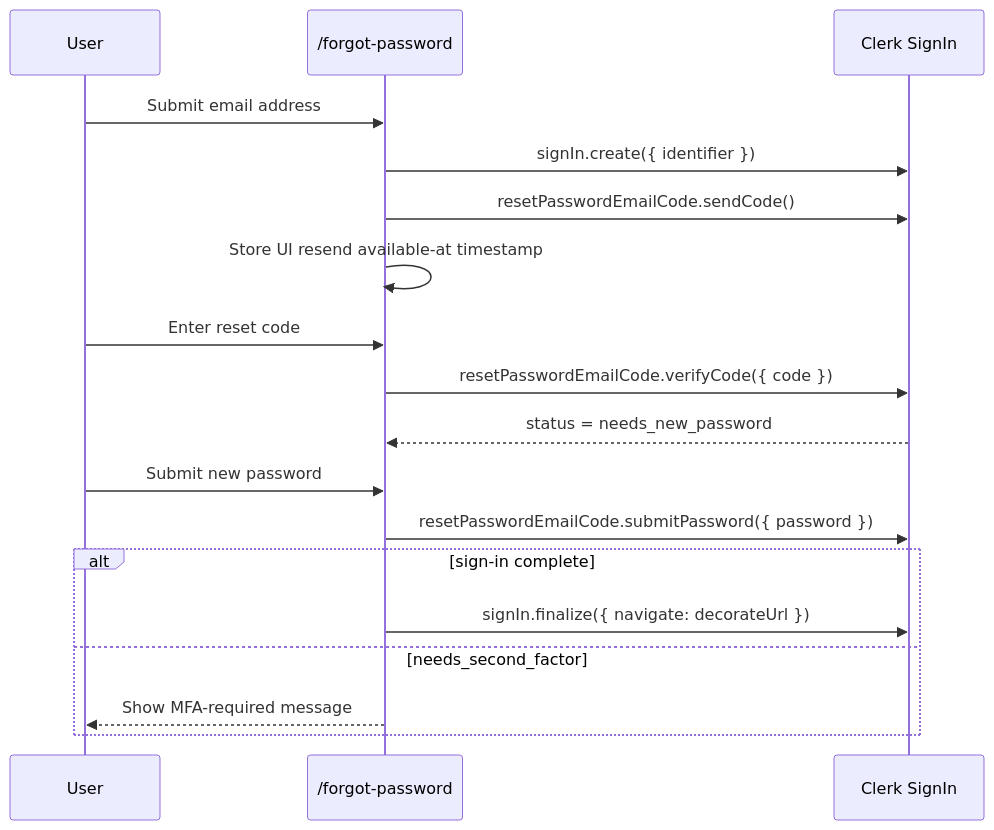
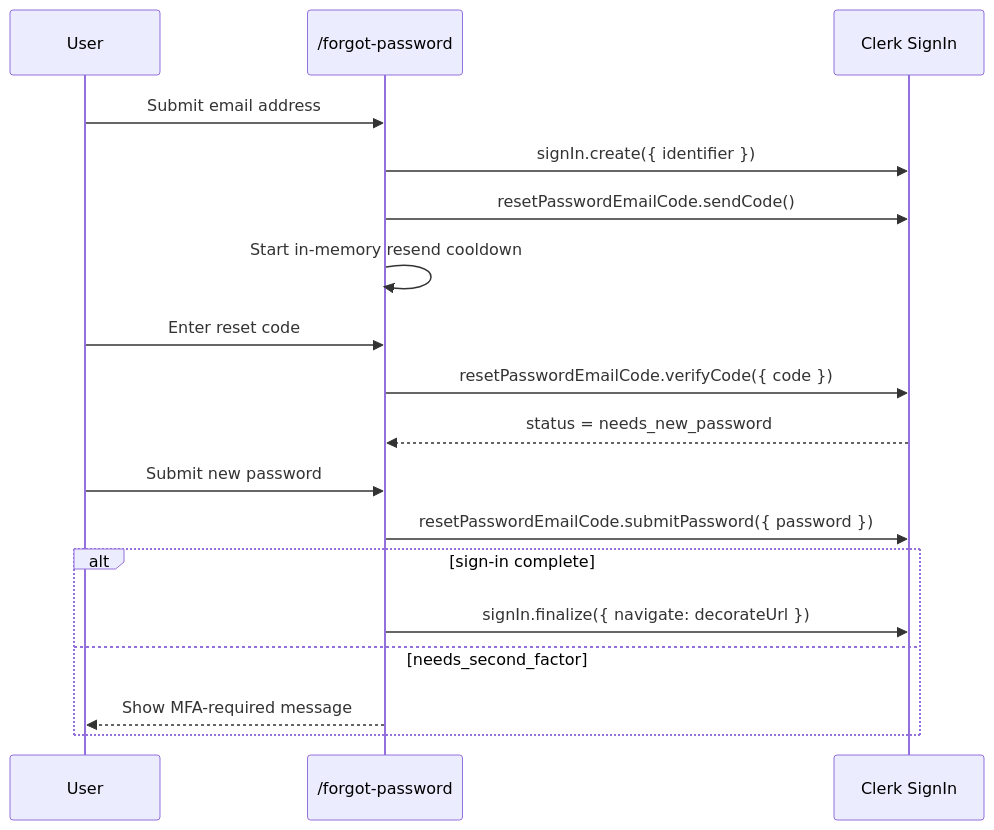
Before and after one commit to myusubov/tailorcv: the second of 2 diagrams in docs/architecture/auth/flows/README.md, drawn with Mermaid. The commit also changed other lines of this file and 10 other files, not shown here.

First line of the commit message:
feat(auth): complete resend cooldown

````diff
--- a/docs/architecture/auth/flows/README.md
+++ b/docs/architecture/auth/flows/README.md
@@ -85,21 +85,21 @@
 ```mermaid
 sequenceDiagram
     participant U as User
     participant F as /forgot-password
     participant C as Clerk SignIn
 
     U->>F: Submit email address
     F->>C: signIn.create({ identifier })
     F->>C: resetPasswordEmailCode.sendCode()
-    F->>F: Store UI resend available-at timestamp
+    F->>F: Start in-memory resend cooldown
     U->>F: Enter reset code
     F->>C: resetPasswordEmailCode.verifyCode({ code })
     C-->>F: status = needs_new_password
     U->>F: Submit new password
     F->>C: resetPasswordEmailCode.submitPassword({ password })
     alt sign-in complete
         F->>C: signIn.finalize({ navigate: decorateUrl })
     else needs_second_factor
         F-->>U: Show MFA-required message
     end
 ```
````
